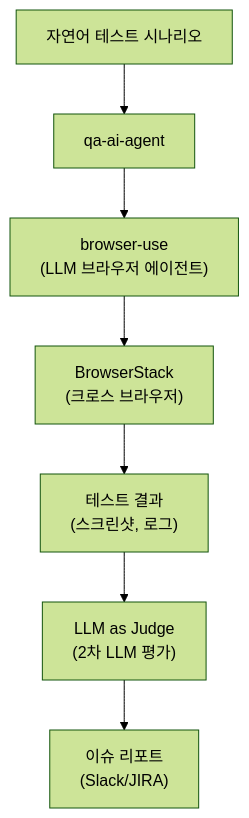
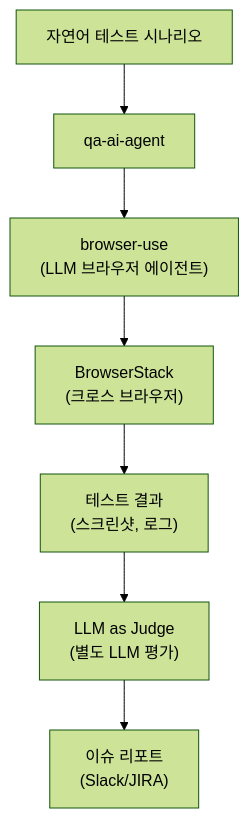
The second of 3 diagrams in docs/coinbase-cloudbot/02-ai-ecosystem.md (kimchanhyung98/agentic-workflows), drawn with Mermaid (forest theme) before and after one commit. The commit also changed other lines of this file and 2 other files, not shown here.

````diff
--- a/docs/coinbase-cloudbot/02-ai-ecosystem.md
+++ b/docs/coinbase-cloudbot/02-ai-ecosystem.md
@@ -53,9 +42,9 @@
 ```mermaid
 flowchart TD
     NL["자연어 테스트 시나리오"] --> AGENT["qa-ai-agent"]
     AGENT --> BU["browser-use<br/>(LLM 브라우저 에이전트)"]
     BU --> BS["BrowserStack<br/>(크로스 브라우저)"]
     BS --> RESULT["테스트 결과<br/>(스크린샷, 로그)"]
-    RESULT --> JUDGE["LLM as Judge<br/>(2차 LLM 평가)"]
+    RESULT --> JUDGE["LLM as Judge<br/>(별도 LLM 평가)"]
     JUDGE --> REPORT["이슈 리포트<br/>(Slack/JIRA)"]
 ```
````
